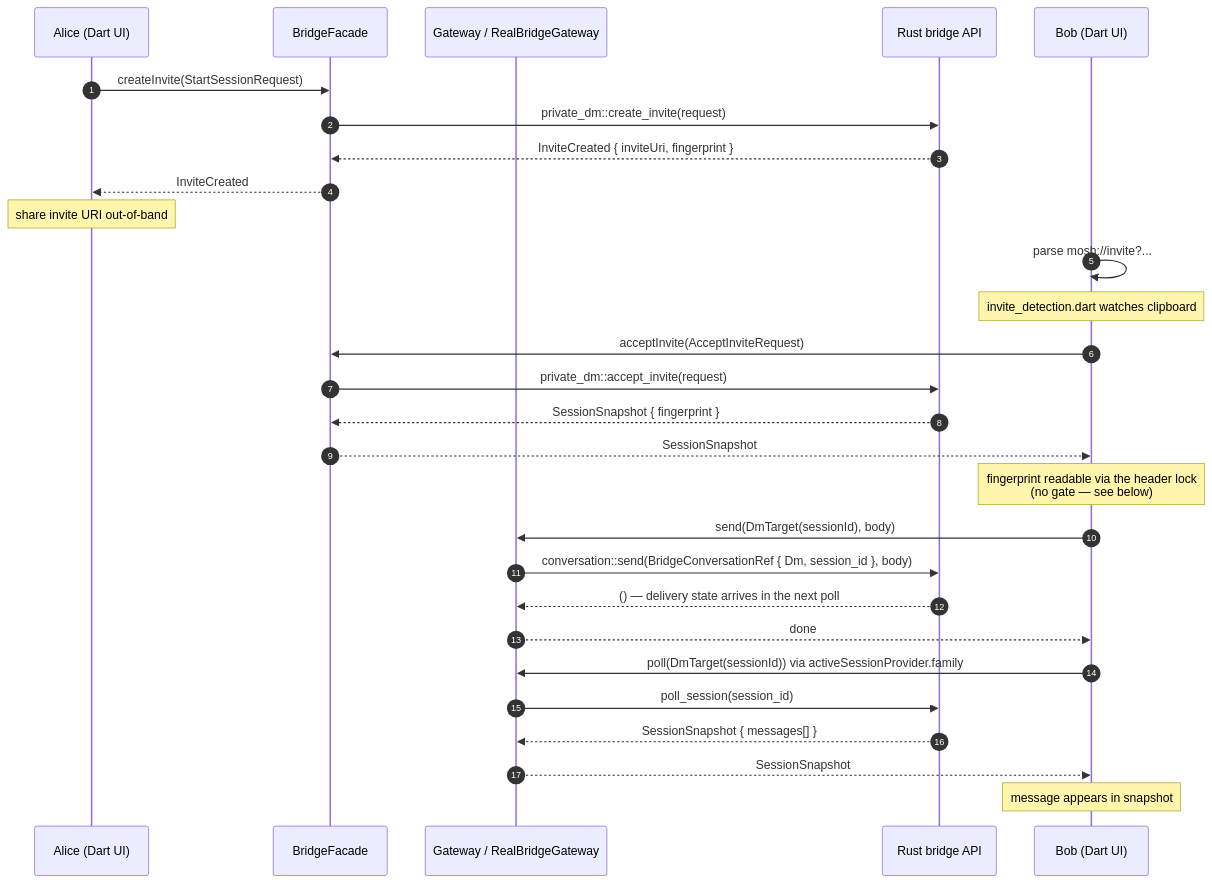
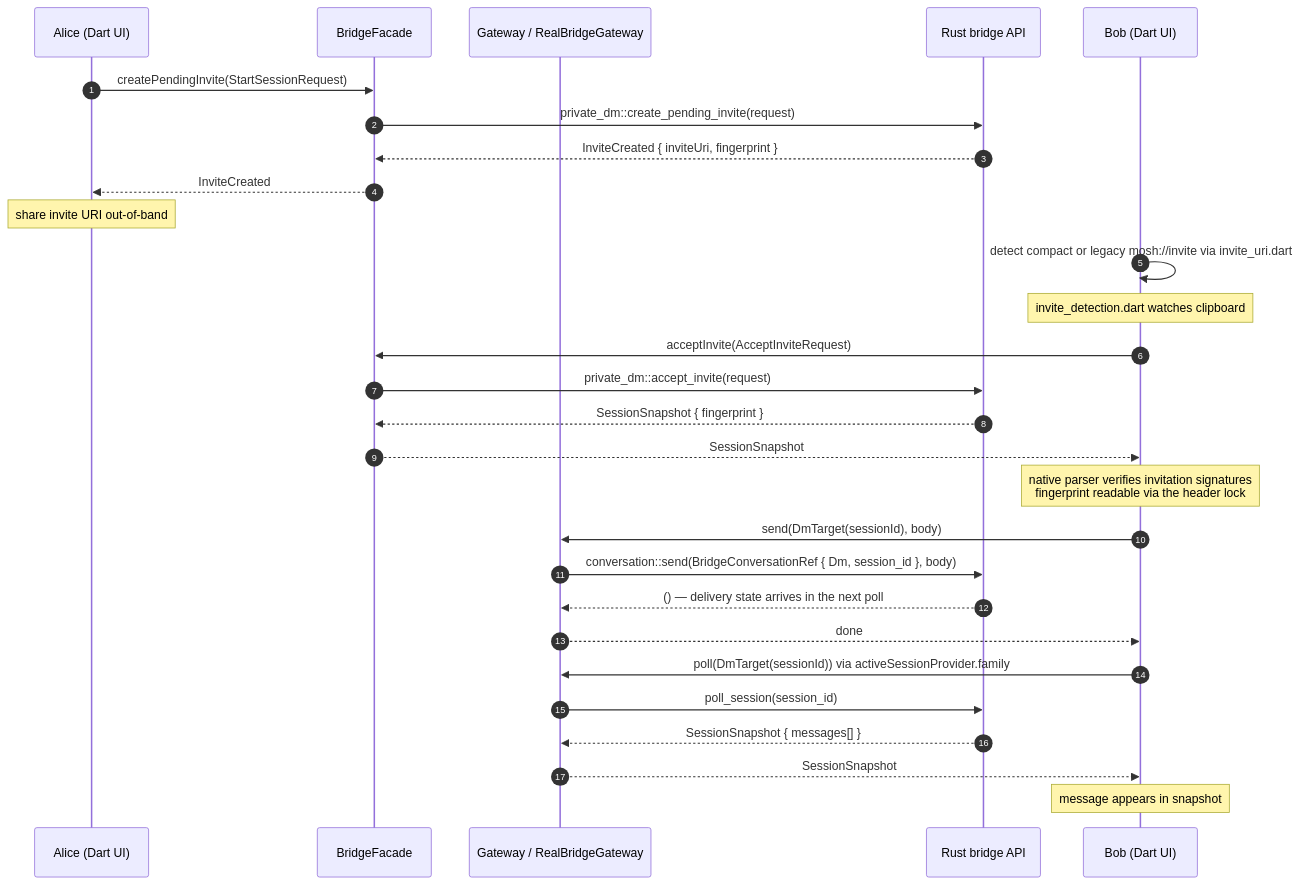
One commit to redstone-md/mosh-flutter changed the first of 5 diagrams in docs/Features/private-dm.md. Above: the diagram before and after it, drawn with Mermaid. The commit also changed other lines of this file and 61 other files, not shown here.

````diff
--- a/docs/Features/private-dm.md
+++ b/docs/Features/private-dm.md
@@ -16,31 +16,31 @@
 ```mermaid
 sequenceDiagram
     autonumber
     participant Alice as Alice (Dart UI)
     participant BF as BridgeFacade
     participant GW as Gateway / RealBridgeGateway
     participant Api as Rust bridge API
     participant Bob as Bob (Dart UI)
 
-    Alice->>BF: createInvite(StartSessionRequest)
-    BF->>Api: private_dm::create_invite(request)
+    Alice->>BF: createPendingInvite(StartSessionRequest)
+    BF->>Api: private_dm::create_pending_invite(request)
     Api-->>BF: InviteCreated { inviteUri, fingerprint }
     BF-->>Alice: InviteCreated
     Note over Alice: share invite URI out-of-band
-    Bob->>Bob: parse mosh://invite?...#fp= via invite_uri.dart
+    Bob->>Bob: detect compact or legacy mosh://invite via invite_uri.dart
     Note over Bob: invite_detection.dart watches clipboard
     Bob->>BF: acceptInvite(AcceptInviteRequest)
     BF->>Api: private_dm::accept_invite(request)
     Api-->>BF: SessionSnapshot { fingerprint }
     BF-->>Bob: SessionSnapshot
-    Note over Bob: fingerprint readable via the header lock<br/>(no gate — see below)
+    Note over Bob: native parser verifies invitation signatures<br/>fingerprint readable via the header lock
     Bob->>GW: send(DmTarget(sessionId), body)
     GW->>Api: conversation::send(BridgeConversationRef { Dm, session_id }, body)
     Api-->>GW: () — delivery state arrives in the next poll
     GW-->>Bob: done
     Bob->>GW: poll(DmTarget(sessionId)) via activeSessionProvider.family
     GW->>Api: poll_session(session_id)
     Api-->>GW: SessionSnapshot { messages[] }
     GW-->>Bob: SessionSnapshot
     Note over Bob: message appears in snapshot
 ```
````
